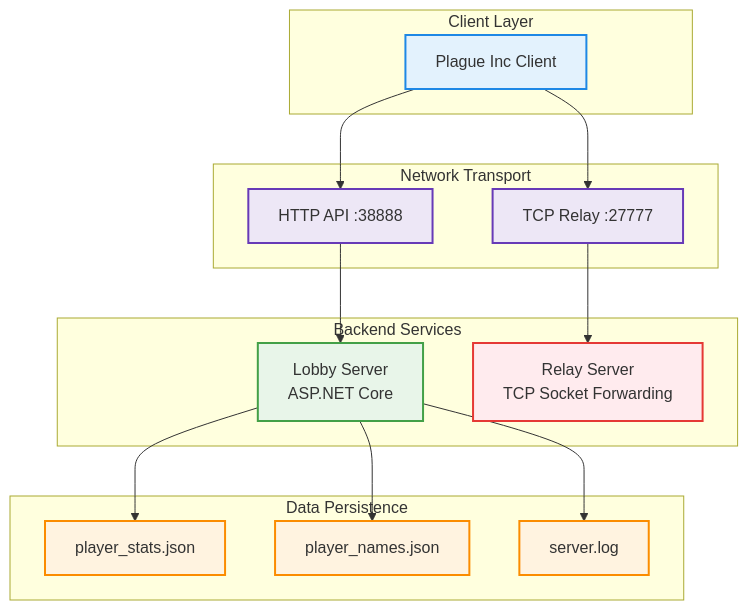
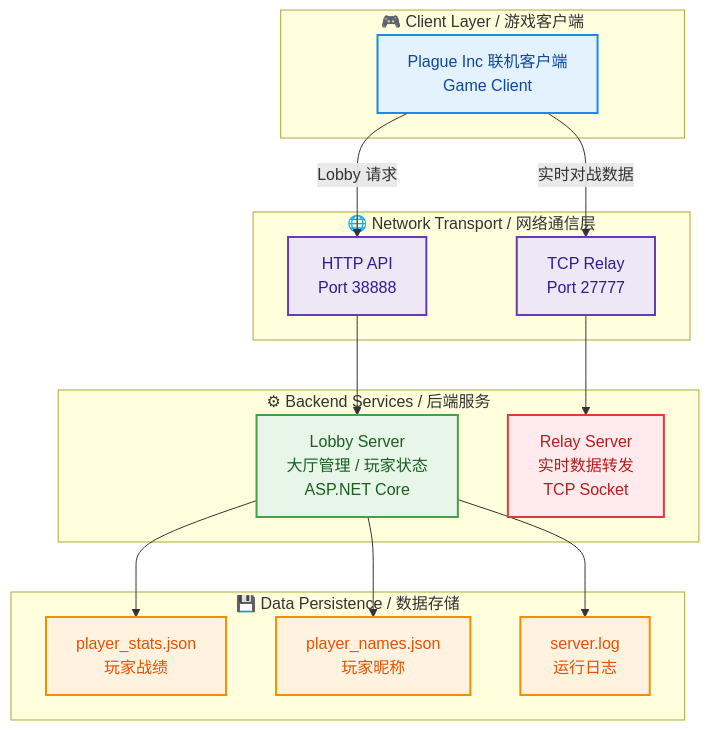
Before and after one commit to Shallowind/Plague-Lobby-Server: the diagram in readme.md, drawn with Mermaid.

Commit message:
readme.md

````diff
--- a/readme.md
+++ b/readme.md
@@ -41,66 +41,64 @@
 ```mermaid
 flowchart TB
 
 %% =========================
-%% Style
+%% Style Definitions
 %% =========================
-classDef client fill:#e3f2fd,stroke:#1e88e5,stroke-width:2px
-classDef network fill:#ede7f6,stroke:#673ab7,stroke-width:2px
-classDef server fill:#e8f5e9,stroke:#43a047,stroke-width:2px
-classDef relay fill:#ffebee,stroke:#e53935,stroke-width:2px
-classDef storage fill:#fff3e0,stroke:#fb8c00,stroke-width:2px
+classDef client fill:#e3f2fd,stroke:#1e88e5,stroke-width:2px,color:#0d47a1
+classDef network fill:#ede7f6,stroke:#673ab7,stroke-width:2px,color:#311b92
+classDef lobby fill:#e8f5e9,stroke:#43a047,stroke-width:2px,color:#1b5e20
+classDef relay fill:#ffebee,stroke:#e53935,stroke-width:2px,color:#b71c1c
+classDef storage fill:#fff3e0,stroke:#fb8c00,stroke-width:2px,color:#e65100
 
 %% =========================
 %% Client Layer
 %% =========================
-subgraph CLIENT["Client Layer"]
-    GAME["Plague Inc Client"]
+subgraph CLIENT["🎮 Client Layer / 游戏客户端"]
+    GAME["Plague Inc 联机客户端<br/>Game Client"]
 end
 class GAME client
 
 %% =========================
 %% Network Layer
 %% =========================
-subgraph NETWORK["Network Transport"]
-    HTTP["HTTP API :38888"]
-    TCP["TCP Relay :27777"]
+subgraph NETWORK["🌐 Network Transport / 网络通信层"]
+    HTTP["HTTP API<br/>Port 38888"]
+    TCP["TCP Relay<br/>Port 27777"]
 end
 class HTTP,TCP network
 
 %% =========================
 %% Backend Services
 %% =========================
-subgraph BACKEND["Backend Services"]
-    LOBBY["Lobby Server
-ASP.NET Core"]
+subgraph BACKEND["⚙ Backend Services / 后端服务"]
+    LOBBY["Lobby Server<br/>大厅管理 / 玩家状态<br/>ASP.NET Core"]
 
-    RELAY["Relay Server
-TCP Socket Forwarding"]
+    RELAY["Relay Server<br/>实时数据转发<br/>TCP Socket"]
 end
 
-class LOBBY server
+class LOBBY lobby
 class RELAY relay
 
 %% =========================
-%% Storage
+%% Storage Layer
 %% =========================
-subgraph STORAGE["Data Persistence"]
-    JSON1["player_stats.json"]
-    JSON2["player_names.json"]
-    LOG["server.log"]
+subgraph STORAGE["💾 Data Persistence / 数据存储"]
+    JSON1["player_stats.json<br/>玩家战绩"]
+    JSON2["player_names.json<br/>玩家昵称"]
+    LOG["server.log<br/>运行日志"]
 end
 class JSON1,JSON2,LOG storage
 
 %% =========================
-%% Flow
+%% Data Flow
 %% =========================
-GAME --> HTTP
-GAME --> TCP
+GAME -->|"Lobby 请求"| HTTP
+GAME -->|"实时对战数据"| TCP
 
 HTTP --> LOBBY
 TCP --> RELAY
 
 LOBBY --> JSON1
 LOBBY --> JSON2
 LOBBY --> LOG
 ```
````
